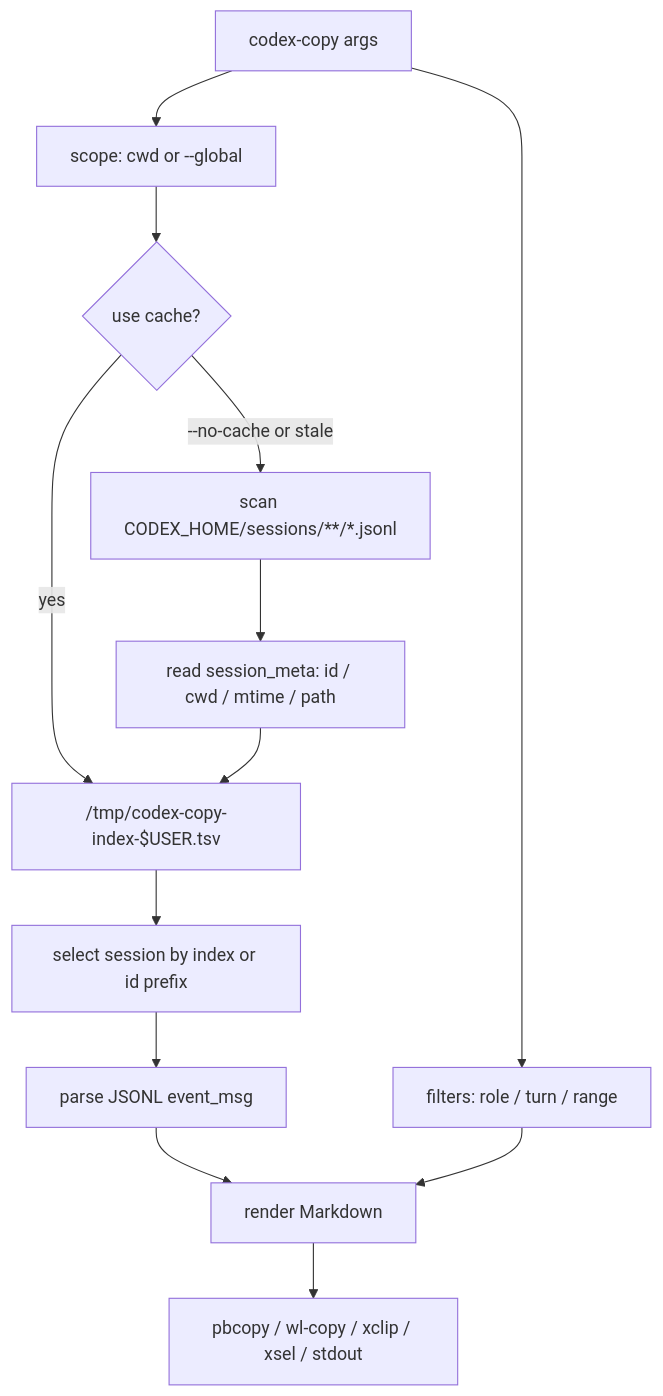
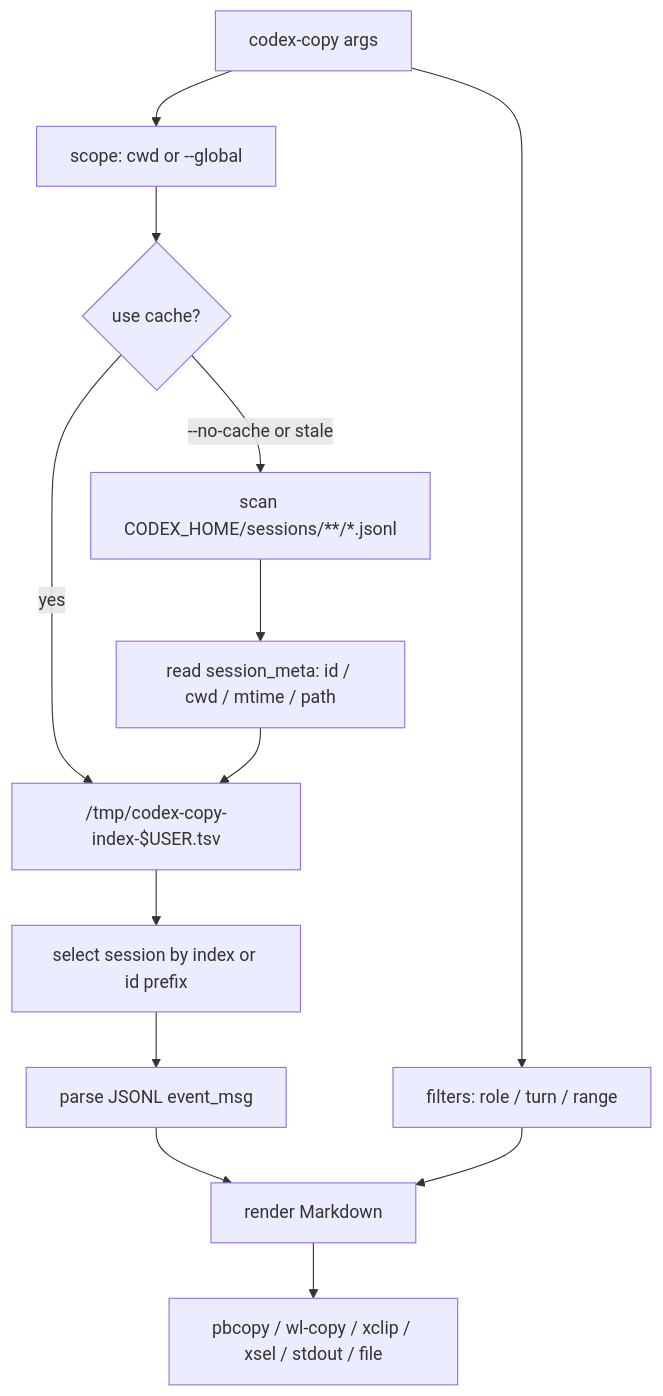
The diagram in README.md (texiwustion/codex-copy), drawn with Mermaid before and after one commit. The commit also changed other lines of this file and 1 other file, not shown here.

````diff
--- a/README.md
+++ b/README.md
@@ -216,15 +226,15 @@
 ```mermaid
 flowchart TD
   CLI["codex-copy args"] --> Scope["scope: cwd or --global"]
   CLI --> Filters["filters: role / turn / range"]
   Scope --> Cache{"use cache?"}
   Cache -->|"yes"| Index["/tmp/codex-copy-index-$USER.tsv"]
   Cache -->|"--no-cache or stale"| Scan["scan CODEX_HOME/sessions/**/*.jsonl"]
   Scan --> Meta["read session_meta: id / cwd / mtime / path"]
   Meta --> Index
   Index --> Select["select session by index or id prefix"]
   Select --> Parse["parse JSONL event_msg"]
   Parse --> Render["render Markdown"]
   Filters --> Render
-  Render --> Deliver["pbcopy / wl-copy / xclip / xsel / stdout"]
+  Render --> Deliver["pbcopy / wl-copy / xclip / xsel / stdout / file"]
 ```
````
